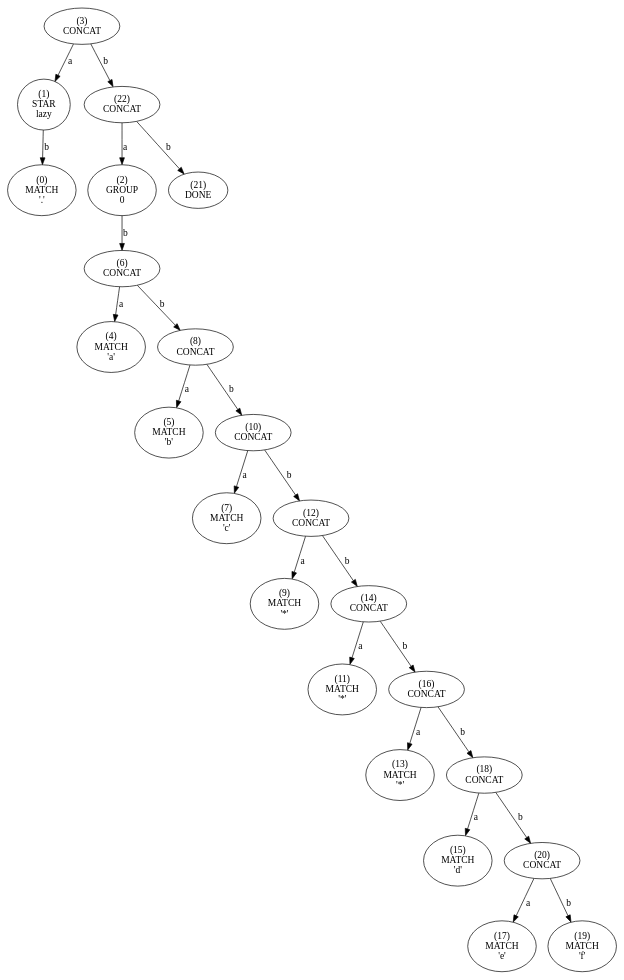
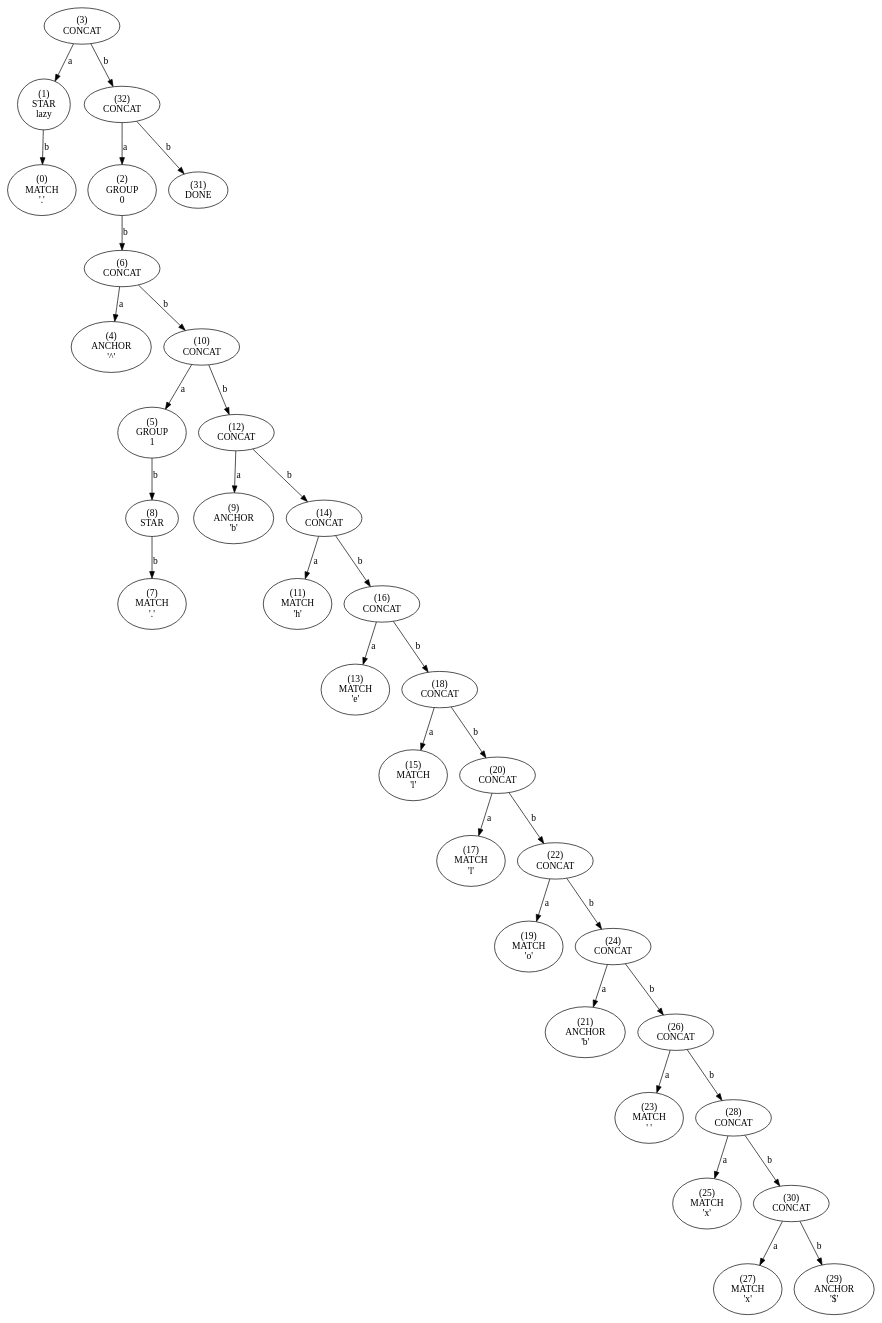
The diagram in tree.dot (essele/rele), drawn with Graphviz before and after one commit. The commit also changed 3 other files, not shown here.

```diff
--- a/tree.dot
+++ b/tree.dot
@@ -1,93 +1,133 @@
 digraph tree {
-    n0xc816e7fb4330 [label="(3)
+    n0xbdf4f7baf330 [label="(3)
 CONCAT
 "];
-    n0xc816e7fb4330 -> n0xc816e7fb42f0 [label="a"];
-    n0xc816e7fb42f0 [label="(1)
+    n0xbdf4f7baf330 -> n0xbdf4f7baf2f0 [label="a"];
+    n0xbdf4f7baf2f0 [label="(1)
 STAR
 lazy"];
-    n0xc816e7fb42f0 -> n0xc816e7fb42d0 [label="b"];
-    n0xc816e7fb42d0 [label="(0)
+    n0xbdf4f7baf2f0 -> n0xbdf4f7baf2d0 [label="b"];
+    n0xbdf4f7baf2d0 [label="(0)
 MATCH
 '.'"];
-    n0xc816e7fb4330 -> n0xc816e7fb4590 [label="b"];
-    n0xc816e7fb4590 [label="(22)
+    n0xbdf4f7baf330 -> n0xbdf4f7baf6d0 [label="b"];
+    n0xbdf4f7baf6d0 [label="(32)
 CONCAT
 "];
-    n0xc816e7fb4590 -> n0xc816e7fb4310 [label="a"];
-    n0xc816e7fb4310 [label="(2)
+    n0xbdf4f7baf6d0 -> n0xbdf4f7baf310 [label="a"];
+    n0xbdf4f7baf310 [label="(2)
 GROUP
 0"];
-    n0xc816e7fb4310 -> n0xc816e7fb4390 [label="b"];
-    n0xc816e7fb4390 [label="(6)
+    n0xbdf4f7baf310 -> n0xbdf4f7baf390 [label="b"];
+    n0xbdf4f7baf390 [label="(6)
 CONCAT
 "];
-    n0xc816e7fb4390 -> n0xc816e7fb4350 [label="a"];
-    n0xc816e7fb4350 [label="(4)
-MATCH
-'a'"];
-    n0xc816e7fb4390 -> n0xc816e7fb43d0 [label="b"];
-    n0xc816e7fb43d0 [label="(8)
+    n0xbdf4f7baf390 -> n0xbdf4f7baf350 [label="a"];
+    n0xbdf4f7baf350 [label="(4)
+ANCHOR
+'^'"];
+    n0xbdf4f7baf390 -> n0xbdf4f7baf410 [label="b"];
+    n0xbdf4f7baf410 [label="(10)
 CONCAT
 "];
-    n0xc816e7fb43d0 -> n0xc816e7fb4370 [label="a"];
-    n0xc816e7fb4370 [label="(5)
+    n0xbdf4f7baf410 -> n0xbdf4f7baf370 [label="a"];
+    n0xbdf4f7baf370 [label="(5)
+GROUP
+1"];
+    n0xbdf4f7baf370 -> n0xbdf4f7baf3d0 [label="b"];
+    n0xbdf4f7baf3d0 [label="(8)
+STAR
+"];
+    n0xbdf4f7baf3d0 -> n0xbdf4f7baf3b0 [label="b"];
+    n0xbdf4f7baf3b0 [label="(7)
 MATCH
-'b'"];
-    n0xc816e7fb43d0 -> n0xc816e7fb4410 [label="b"];
-    n0xc816e7fb4410 [label="(10)
+'.'"];
+    n0xbdf4f7baf410 -> n0xbdf4f7baf450 [label="b"];
+    n0xbdf4f7baf450 [label="(12)
 CONCAT
 "];
-    n0xc816e7fb4410 -> n0xc816e7fb43b0 [label="a"];
-    n0xc816e7fb43b0 [label="(7)
-MATCH
-'c'"];
-    n0xc816e7fb4410 -> n0xc816e7fb4450 [label="b"];
-    n0xc816e7fb4450 [label="(12)
+    n0xbdf4f7baf450 -> n0xbdf4f7baf3f0 [label="a"];
+    n0xbdf4f7baf3f0 [label="(9)
+ANCHOR
+'b'"];
+    n0xbdf4f7baf450 -> n0xbdf4f7baf490 [label="b"];
+    n0xbdf4f7baf490 [label="(14)
 CONCAT
 "];
-    n0xc816e7fb4450 -> n0xc816e7fb43f0 [label="a"];
-    n0xc816e7fb43f0 [label="(9)
+    n0xbdf4f7baf490 -> n0xbdf4f7baf430 [label="a"];
+    n0xbdf4f7baf430 [label="(11)
 MATCH
-'*'"];
-    n0xc816e7fb4450 -> n0xc816e7fb4490 [label="b"];
-    n0xc816e7fb4490 [label="(14)
+'h'"];
+    n0xbdf4f7baf490 -> n0xbdf4f7baf4d0 [label="b"];
+    n0xbdf4f7baf4d0 [label="(16)
 CONCAT
 "];
-    n0xc816e7fb4490 -> n0xc816e7fb4430 [label="a"];
-    n0xc816e7fb4430 [label="(11)
+    n0xbdf4f7baf4d0 -> n0xbdf4f7baf470 [label="a"];
+    n0xbdf4f7baf470 [label="(13)
 MATCH
-'*'"];
-    n0xc816e7fb4490 -> n0xc816e7fb44d0 [label="b"];
-    n0xc816e7fb44d0 [label="(16)
+'e'"];
+    n0xbdf4f7baf4d0 -> n0xbdf4f7baf510 [label="b"];
+    n0xbdf4f7baf510 [label="(18)
 CONCAT
 "];
-    n0xc816e7fb44d0 -> n0xc816e7fb4470 [label="a"];
-    n0xc816e7fb4470 [label="(13)
+    n0xbdf4f7baf510 -> n0xbdf4f7baf4b0 [label="a"];
+    n0xbdf4f7baf4b0 [label="(15)
 MATCH
-'*'"];
-    n0xc816e7fb44d0 -> n0xc816e7fb4510 [label="b"];
-    n0xc816e7fb4510 [label="(18)
+'l'"];
+    n0xbdf4f7baf510 -> n0xbdf4f7baf550 [label="b"];
+    n0xbdf4f7baf550 [label="(20)
 CONCAT
 "];
-    n0xc816e7fb4510 -> n0xc816e7fb44b0 [label="a"];
-    n0xc816e7fb44b0 [label="(15)
+    n0xbdf4f7baf550 -> n0xbdf4f7baf4f0 [label="a"];
+    n0xbdf4f7baf4f0 [label="(17)
 MATCH
-'d'"];
-    n0xc816e7fb4510 -> n0xc816e7fb4550 [label="b"];
-    n0xc816e7fb4550 [label="(20)
+'l'"];
+    n0xbdf4f7baf550 -> n0xbdf4f7baf590 [label="b"];
+    n0xbdf4f7baf590 [label="(22)
 CONCAT
 "];
-    n0xc816e7fb4550 -> n0xc816e7fb44f0 [label="a"];
-    n0xc816e7fb44f0 [label="(17)
+    n0xbdf4f7baf590 -> n0xbdf4f7baf530 [label="a"];
+    n0xbdf4f7baf530 [label="(19)
 MATCH
-'e'"];
-    n0xc816e7fb4550 -> n0xc816e7fb4530 [label="b"];
-    n0xc816e7fb4530 [label="(19)
+'o'"];
+    n0xbdf4f7baf590 -> n0xbdf4f7baf5d0 [label="b"];
+    n0xbdf4f7baf5d0 [label="(24)
+CONCAT
+"];
+    n0xbdf4f7baf5d0 -> n0xbdf4f7baf570 [label="a"];
+    n0xbdf4f7baf570 [label="(21)
+ANCHOR
+'b'"];
+    n0xbdf4f7baf5d0 -> n0xbdf4f7baf610 [label="b"];
+    n0xbdf4f7baf610 [label="(26)
+CONCAT
+"];
+    n0xbdf4f7baf610 -> n0xbdf4f7baf5b0 [label="a"];
+    n0xbdf4f7baf5b0 [label="(23)
 MATCH
-'f'"];
-    n0xc816e7fb4590 -> n0xc816e7fb4570 [label="b"];
-    n0xc816e7fb4570 [label="(21)
+' '"];
+    n0xbdf4f7baf610 -> n0xbdf4f7baf650 [label="b"];
+    n0xbdf4f7baf650 [label="(28)
+CONCAT
+"];
+    n0xbdf4f7baf650 -> n0xbdf4f7baf5f0 [label="a"];
+    n0xbdf4f7baf5f0 [label="(25)
+MATCH
+'x'"];
+    n0xbdf4f7baf650 -> n0xbdf4f7baf690 [label="b"];
+    n0xbdf4f7baf690 [label="(30)
+CONCAT
+"];
+    n0xbdf4f7baf690 -> n0xbdf4f7baf630 [label="a"];
+    n0xbdf4f7baf630 [label="(27)
+MATCH
+'x'"];
+    n0xbdf4f7baf690 -> n0xbdf4f7baf670 [label="b"];
+    n0xbdf4f7baf670 [label="(29)
+ANCHOR
+'$'"];
+    n0xbdf4f7baf6d0 -> n0xbdf4f7baf6b0 [label="b"];
+    n0xbdf4f7baf6b0 [label="(31)
 DONE
 "];
 }
```
